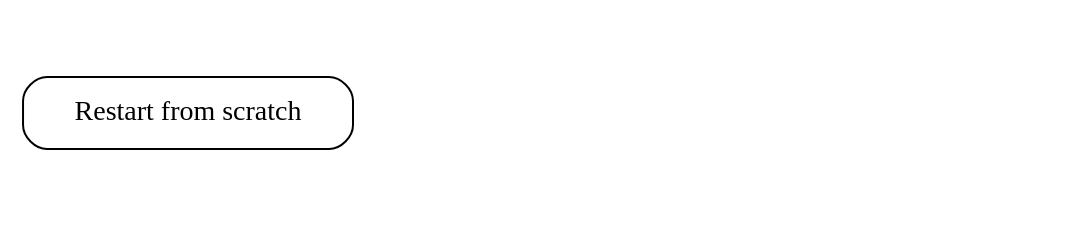
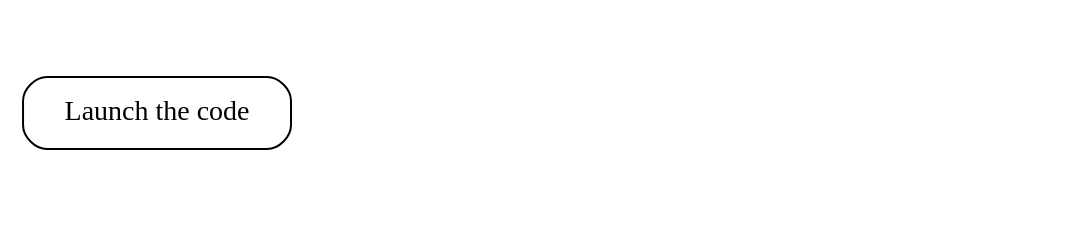
Before and after one commit to JT-39/targets-coffee-code: the first of 11 diagrams in intro-targets.qmd, drawn with Graphviz. The commit also changed other lines of this file and 1 other file, not shown here.

Commit message:
Added couple slides and reordered graph, also hex logo on title slide

````diff
--- a/intro-targets.qmd
+++ b/intro-targets.qmd
@@ -30,17 +32,17 @@
 ```{dot}
 digraph G {
     rankdir=LR;
     node [shape = box style=rounded color=transparent]
     edge [color=transparent]
     {
-        A[label="Restart from scratch" color=black]
-        B[label="Launch the code" fontcolor=transparent]
+        A[label="Launch the code" color=black]
+        B[label="Wait while it runs" fontcolor=transparent]
         C[label="Discover an issue" fontcolor=transparent]
-        D[label="Wait while it runs" fontcolor=transparent]
+        D[label="Restart from scratch" fontcolor=transparent]
     }
     A -> B [color=transparent]
-    A -> C [dir=back color=transparent]
-    B -> D [color=transparent]
-    C -> D [dir=back color=transparent]
+    A -> D [dir=back color=transparent]
+    B -> C [color=transparent]
+    D -> C [dir=back color=transparent]
 }
 ```
````
